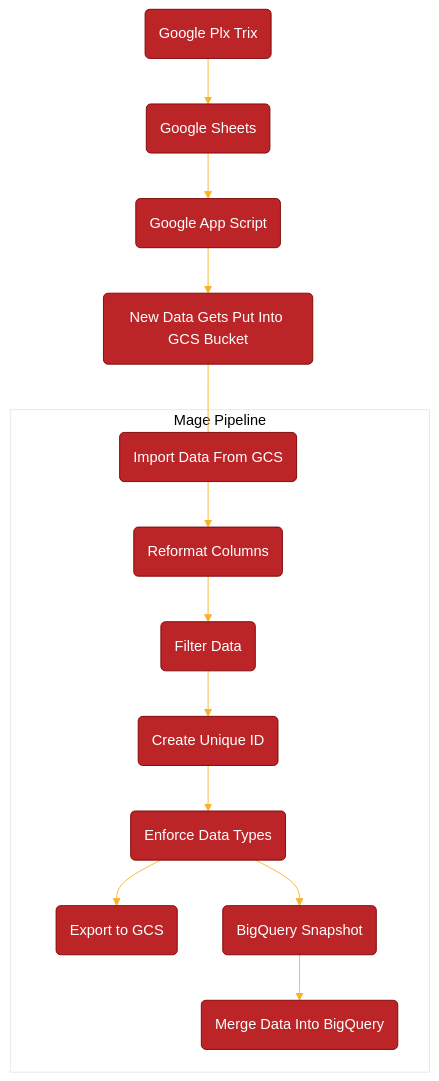
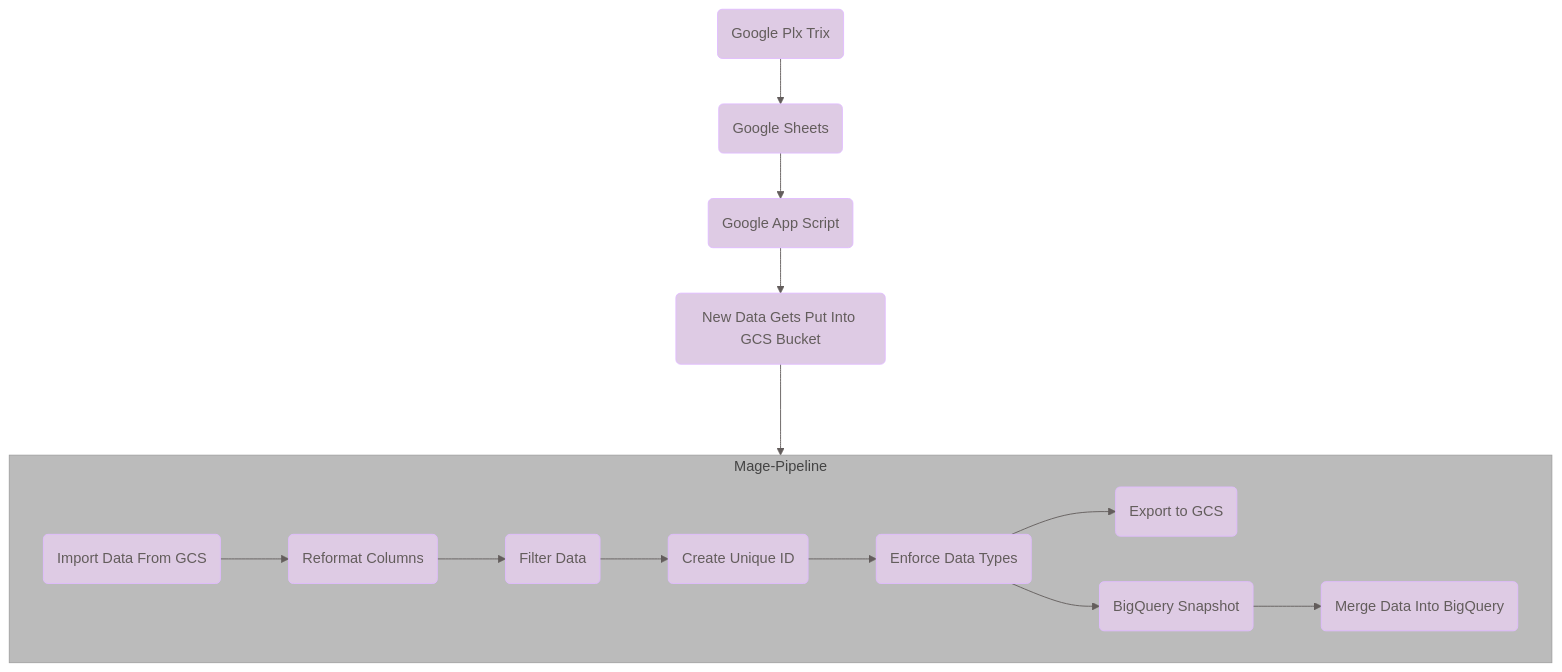
One commit to CarrierOps/1P-Wiki changed the diagram in documentation/pipelines/gfa.md. Above: the diagram before and after it, drawn with Mermaid.

Commit message:
figuring out color scheme

````diff
--- a/documentation/pipelines/gfa.md
+++ b/documentation/pipelines/gfa.md
@@ -15,35 +15,35 @@
 ```mermaid
 %%{
   init: {
     'theme': 'base',
     'themeVariables': {
-      'primaryColor': '#BB2528',
-      'primaryTextColor': '#fff',
-      'primaryBorderColor': '#7C0000',
-      'lineColor': '#F8B229',
-      'secondaryColor': '#006100',
-      'tertiaryColor': '#fff'
+      'primaryColor': '#decbe4',
+      'primaryTextColor': '#635d5c',
+      'primaryBorderColor': '#e0bbff',
+      'lineColor': '#635d5c',
+      'secondaryColor': '#ffdac1',
+      'tertiaryColor': '#bbbbbb'
     }
   }
 }%%
 
 flowchart TD
 id0(Google Plx Trix)
 id0000(Google Sheets)
 id00(Google App Script)
 id000(New Data Gets Put Into GCS Bucket)
 id0 --> id0000
 id0000 --> id00
 id00 --> id000
-id000--- id1
 
-subgraph Mage Pipeline
-
-id1(Import Data From GCS) --> id2(Reformat Columns)-->
-id3(Filter Data) --> id4(Create Unique ID)-->
-id5(Enforce Data Types)--> id6(Export to GCS )
-id5(Enforce Data Types)--> id7(BigQuery Snapshot)-->
-id8(Merge Data Into BigQuery)
+subgraph Mage-Pipeline
+  id1(Import Data From GCS) --> id2(Reformat Columns)-->
+  id3(Filter Data) --> id4(Create Unique ID)-->
+  id5(Enforce Data Types)--> id6(Export to GCS )
+  id5(Enforce Data Types)--> id7(BigQuery Snapshot)-->
+  id8(Merge Data Into BigQuery)
 end
 
+id000 ---> Mage-Pipeline
+
 ```
````
